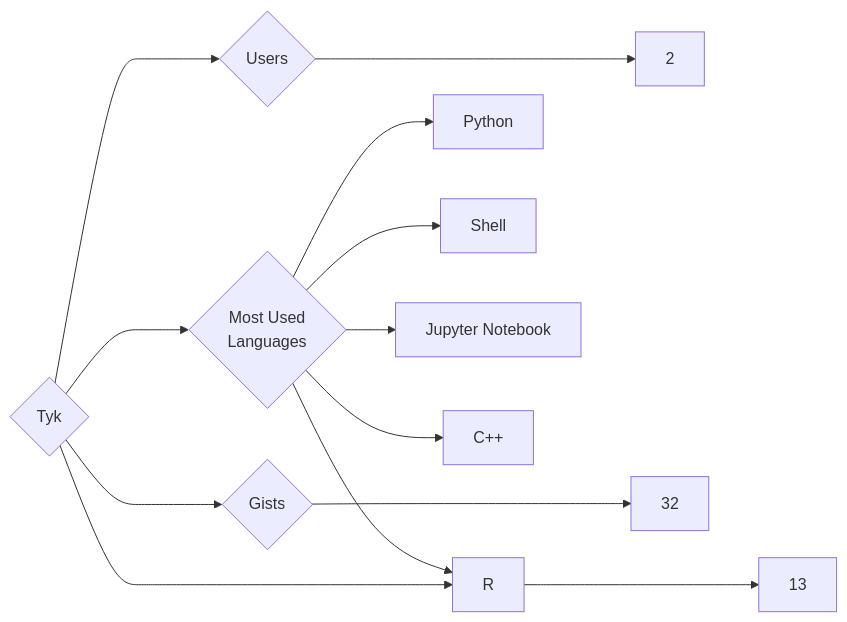
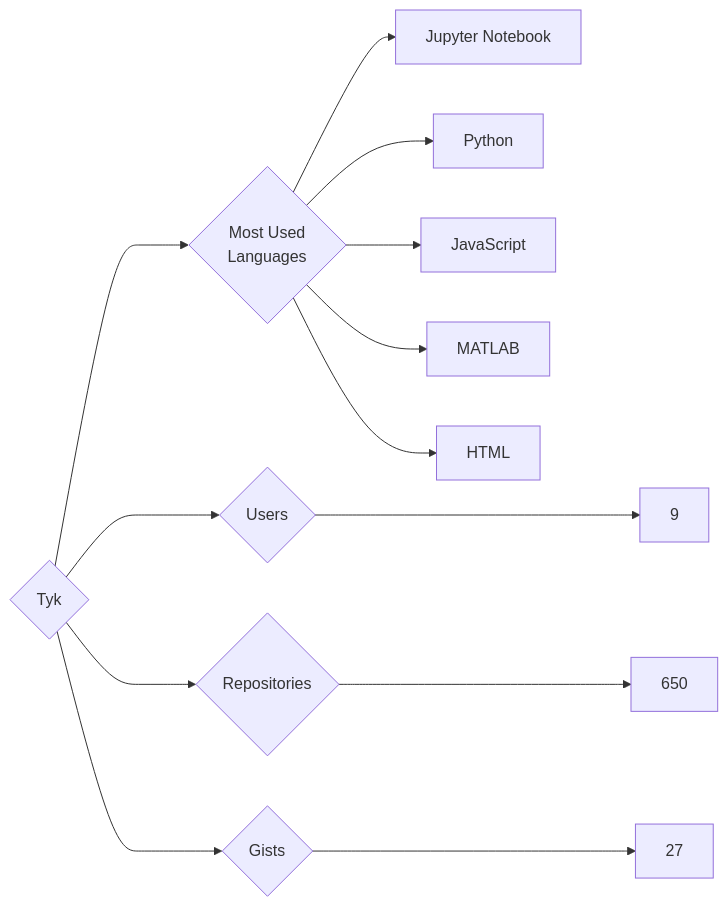
Before and after one commit to trickest/insiders: the diagram in targets/Tyk/README.md, drawn with Mermaid. The commit also changed 1696 other files, not shown here.

````diff
--- a/targets/Tyk/README.md
+++ b/targets/Tyk/README.md
@@ -3,13 +3,13 @@
 ```mermaid
 graph LR
 COMPANY_NAME{Tyk}
-COMPANY_NAME ---> U{Users} ---> UN[2]
-COMPANY_NAME ---> R{Repositories} ---> RN[13]
-COMPANY_NAME ---> G{Gists} ---> GN[32]
+COMPANY_NAME ---> U{Users} ---> UN[9]
+COMPANY_NAME ---> R{Repositories} ---> RN[650]
+COMPANY_NAME ---> G{Gists} ---> GN[27]
 COMPANY_NAME ---> ML{Most Used<br>Languages}
+ML --> Jupyter_Notebook[Jupyter Notebook]
 ML --> Python[Python]
-ML --> Shell[Shell]
-ML --> Jupyter_Notebook[Jupyter Notebook]
-ML --> C++[C++]
-ML --> R[R]
+ML --> JavaScript[JavaScript]
+ML --> MATLAB[MATLAB]
+ML --> HTML[HTML]
 ```
````
